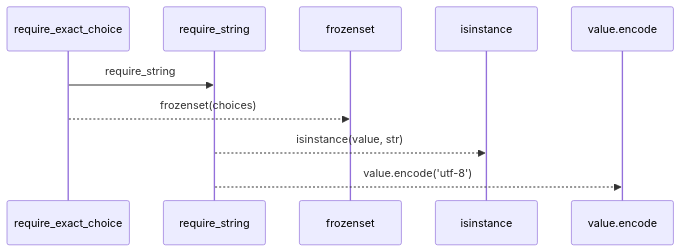
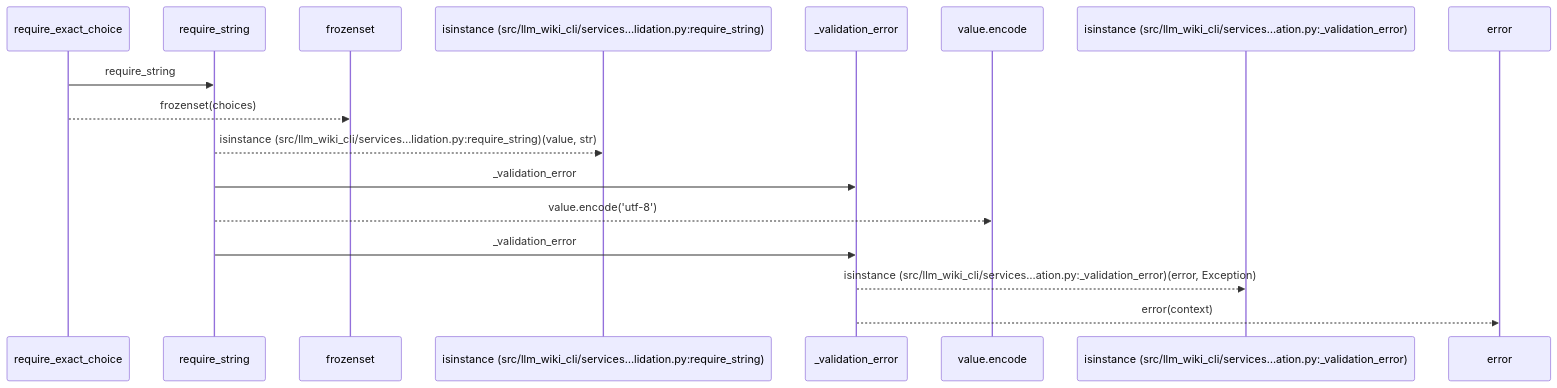
One commit to Denissvgn/python-wiki-llm changed the first of 2 diagrams in docs/llm_wiki/flows/api-require_exact_choice.md. Above: the diagram before and after it, drawn with Mermaid. The commit also changed other lines of this file and 627 other files, not shown here.

````diff
--- a/docs/llm_wiki/flows/api-require_exact_choice.md
+++ b/docs/llm_wiki/flows/api-require_exact_choice.md
@@ -12,12 +12,19 @@
 ```mermaid
 sequenceDiagram
     participant p0 as require_exact_choice
     participant p1 as require_string
     participant p2 as frozenset
-    participant p3 as isinstance
-    participant p4 as value.encode
+    participant p3 as isinstance (src/llm_wiki_cli/services…lidation.py:require_string)
+    participant p4 as _validation_error
+    participant p5 as value.encode
+    participant p6 as isinstance (src/llm_wiki_cli/services…ation.py:_validation_error)
+    participant p7 as error
     p0->>p1: require_string
     p0-->>p2: frozenset(choices)
-    p1-->>p3: isinstance(value, str)
-    p1-->>p4: value.encode('utf-8')
+    p1-->>p3: isinstance (src/llm_wiki_cli/services…lidation.py:require_string)(value, str)
+    p1->>p4: _validation_error
+    p1-->>p5: value.encode('utf-8')
+    p1->>p4: _validation_error
+    p4-->>p6: isinstance (src/llm_wiki_cli/services…ation.py:_validation_error)(error, Exception)
+    p4-->>p7: error(context)
 ```
````
